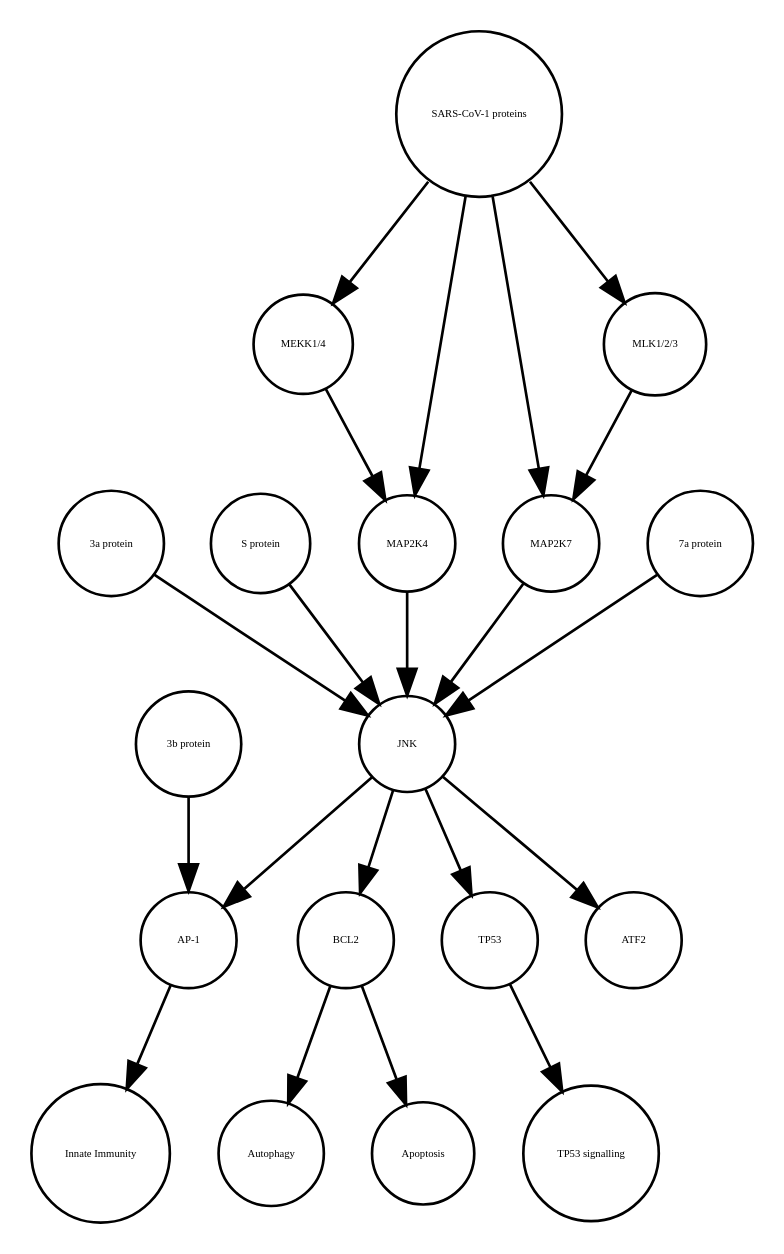
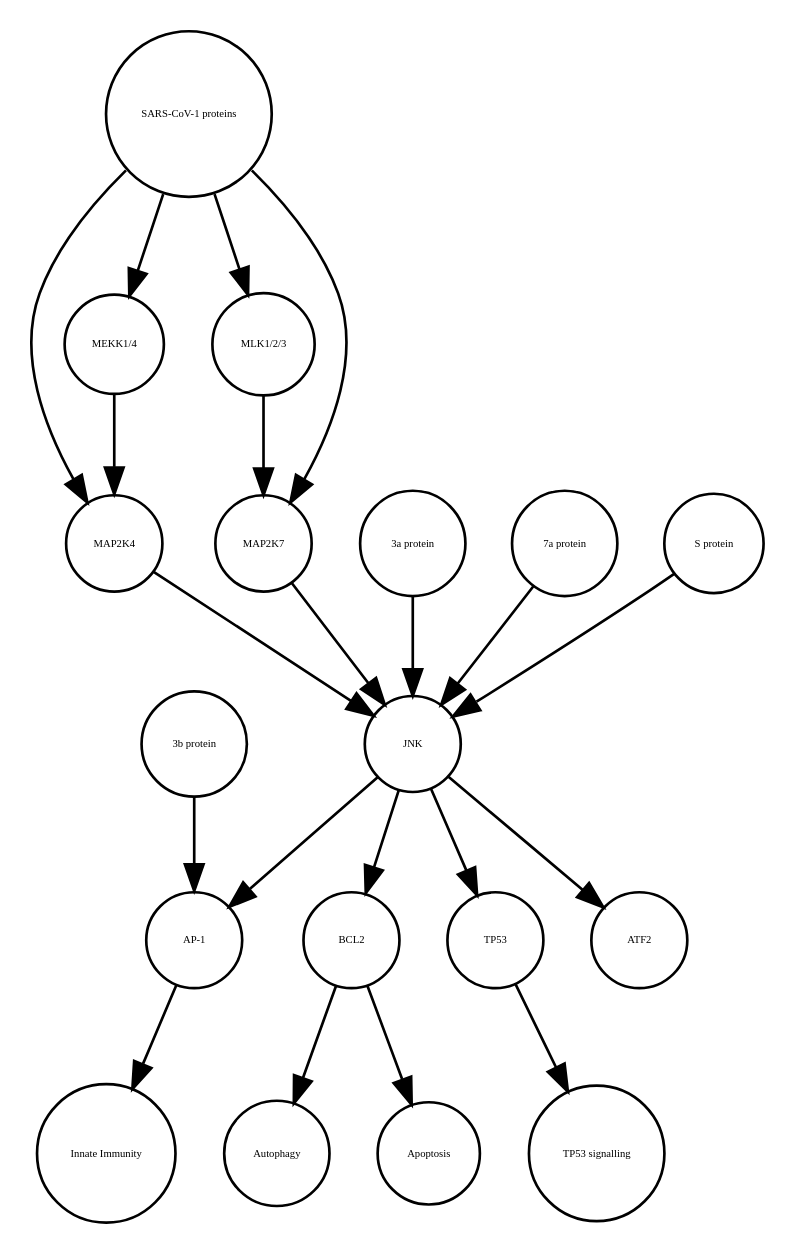
The diagram in JNK_pathway_v2.1.xml_projected.dot (cannin/covid19-sbgn), drawn with Graphviz before and after one commit. The commit also changed other lines of this file and 637 other files, not shown here.

```diff
--- a/JNK_pathway_v2.1.xml_projected.dot
+++ b/JNK_pathway_v2.1.xml_projected.dot
@@ -1,40 +1,40 @@
 strict digraph  {
 BCL2 [annotation=urn_miriam_uniprot_P10415, bipartite=0, cls=macromolecule, fontsize=4, label=BCL2, shape=circle];
 Autophagy [annotation="", bipartite=0, cls=phenotype, fontsize=4, label=Autophagy, shape=circle];
 "AP-1" [annotation="", bipartite=0, cls=complex, fontsize=4, label="AP-1", shape=circle];
 "Innate Immunity" [annotation="", bipartite=0, cls=phenotype, fontsize=4, label="Innate Immunity", shape=circle];
 TP53 [annotation=urn_miriam_uniprot_P04637, bipartite=0, cls=macromolecule, fontsize=4, label=TP53, shape=circle];
 "TP53 signalling" [annotation="", bipartite=0, cls=phenotype, fontsize=4, label="TP53 signalling", shape=circle];
 Apoptosis [annotation="", bipartite=0, cls=phenotype, fontsize=4, label=Apoptosis, shape=circle];
+MAP2K4 [annotation=urn_miriam_uniprot_P45985, bipartite=0, cls=macromolecule, fontsize=4, label=MAP2K4, shape=circle];
+"SARS-CoV-1 proteins" [annotation="", bipartite=0, cls=complex, fontsize=4, label="SARS-CoV-1 proteins", shape=circle];
+"3a protein" [annotation="", bipartite=0, cls=macromolecule, fontsize=4, label="3a protein", shape=circle];
+ATF2 [annotation=urn_miriam_uniprot_P15336, bipartite=0, cls=macromolecule, fontsize=4, label=ATF2, shape=circle];
+"3b protein" [annotation="", bipartite=0, cls=macromolecule, fontsize=4, label="3b protein", shape=circle];
+"MLK1/2/3" [annotation="", bipartite=0, cls=complex, fontsize=4, label="MLK1/2/3", shape=circle];
+"7a protein" [annotation="", bipartite=0, cls=macromolecule, fontsize=4, label="7a protein", shape=circle];
+"MEKK1/4" [annotation="", bipartite=0, cls=complex, fontsize=4, label="MEKK1/4", shape=circle];
+"S protein" [annotation="", bipartite=0, cls=macromolecule, fontsize=4, label="S protein", shape=circle];
 JNK [annotation="", bipartite=0, cls=complex, fontsize=4, label=JNK, shape=circle];
-"3a protein" [annotation="", bipartite=0, cls=macromolecule, fontsize=4, label="3a protein", shape=circle];
-"S protein" [annotation="", bipartite=0, cls=macromolecule, fontsize=4, label="S protein", shape=circle];
-"SARS-CoV-1 proteins" [annotation="", bipartite=0, cls=complex, fontsize=4, label="SARS-CoV-1 proteins", shape=circle];
-"MEKK1/4" [annotation="", bipartite=0, cls=complex, fontsize=4, label="MEKK1/4", shape=circle];
-ATF2 [annotation=urn_miriam_uniprot_P15336, bipartite=0, cls=macromolecule, fontsize=4, label=ATF2, shape=circle];
 MAP2K7 [annotation=urn_miriam_uniprot_O14733, bipartite=0, cls=macromolecule, fontsize=4, label=MAP2K7, shape=circle];
-"MLK1/2/3" [annotation="", bipartite=0, cls=complex, fontsize=4, label="MLK1/2/3", shape=circle];
-MAP2K4 [annotation=urn_miriam_uniprot_P45985, bipartite=0, cls=macromolecule, fontsize=4, label=MAP2K4, shape=circle];
-"7a protein" [annotation="", bipartite=0, cls=macromolecule, fontsize=4, label="7a protein", shape=circle];
-"3b protein" [annotation="", bipartite=0, cls=macromolecule, fontsize=4, label="3b protein", shape=circle];
 BCL2 -> Autophagy  [annotation="", interaction_type="necessary stimulation"];
 BCL2 -> Apoptosis  [annotation="", interaction_type=inhibition];
 "AP-1" -> "Innate Immunity"  [annotation="", interaction_type="necessary stimulation"];
 TP53 -> "TP53 signalling"  [annotation="", interaction_type="necessary stimulation"];
+MAP2K4 -> JNK  [annotation=urn_miriam_pubmed_17141229, interaction_type=stimulation];
+"SARS-CoV-1 proteins" -> MAP2K4  [annotation="urn_miriam_pubmed_31226023|urn_miriam_taxonomy_694009", interaction_type=stimulation];
+"SARS-CoV-1 proteins" -> MAP2K7  [annotation="urn_miriam_pubmed_31226023|urn_miriam_taxonomy_694009", interaction_type=stimulation];
+"SARS-CoV-1 proteins" -> "MLK1/2/3"  [annotation="urn_miriam_taxonomy_694009|urn_miriam_pubmed_31226023", interaction_type=stimulation];
+"SARS-CoV-1 proteins" -> "MEKK1/4"  [annotation="urn_miriam_pubmed_31226023|urn_miriam_taxonomy_694009", interaction_type=stimulation];
+"3a protein" -> JNK  [annotation=urn_miriam_pubmed_17141229, interaction_type=stimulation];
+"3b protein" -> "AP-1"  [annotation=urn_miriam_pubmed_21561061, interaction_type=stimulation];
+"MLK1/2/3" -> MAP2K7  [annotation="urn_miriam_pubmed_31226023|urn_miriam_taxonomy_694009", interaction_type=stimulation];
+"7a protein" -> JNK  [annotation=urn_miriam_pubmed_17141229, interaction_type=stimulation];
+"MEKK1/4" -> MAP2K4  [annotation="urn_miriam_pubmed_31226023|urn_miriam_taxonomy_694009", interaction_type=stimulation];
+"S protein" -> JNK  [annotation=urn_miriam_pubmed_17267381, interaction_type=stimulation];
 JNK -> BCL2  [annotation=urn_miriam_pubmed_10567572, interaction_type=stimulation];
+JNK -> ATF2  [annotation="", interaction_type=stimulation];
 JNK -> "AP-1"  [annotation=urn_miriam_pubmed_21561061, interaction_type=stimulation];
-JNK -> ATF2  [annotation="", interaction_type=stimulation];
 JNK -> TP53  [annotation="", interaction_type=stimulation];
-"3a protein" -> JNK  [annotation=urn_miriam_pubmed_17141229, interaction_type=stimulation];
-"S protein" -> JNK  [annotation=urn_miriam_pubmed_17267381, interaction_type=stimulation];
-"SARS-CoV-1 proteins" -> "MLK1/2/3"  [annotation="urn_miriam_taxonomy_694009|urn_miriam_pubmed_31226023", interaction_type=stimulation];
-"SARS-CoV-1 proteins" -> MAP2K7  [annotation="urn_miriam_pubmed_31226023|urn_miriam_taxonomy_694009", interaction_type=stimulation];
-"SARS-CoV-1 proteins" -> MAP2K4  [annotation="urn_miriam_pubmed_31226023|urn_miriam_taxonomy_694009", interaction_type=stimulation];
-"SARS-CoV-1 proteins" -> "MEKK1/4"  [annotation="urn_miriam_pubmed_31226023|urn_miriam_taxonomy_694009", interaction_type=stimulation];
-"MEKK1/4" -> MAP2K4  [annotation="urn_miriam_pubmed_31226023|urn_miriam_taxonomy_694009", interaction_type=stimulation];
 MAP2K7 -> JNK  [annotation=urn_miriam_pubmed_17141229, interaction_type=stimulation];
-"MLK1/2/3" -> MAP2K7  [annotation="urn_miriam_pubmed_31226023|urn_miriam_taxonomy_694009", interaction_type=stimulation];
-MAP2K4 -> JNK  [annotation=urn_miriam_pubmed_17141229, interaction_type=stimulation];
-"7a protein" -> JNK  [annotation=urn_miriam_pubmed_17141229, interaction_type=stimulation];
-"3b protein" -> "AP-1"  [annotation=urn_miriam_pubmed_21561061, interaction_type=stimulation];
 }
```
